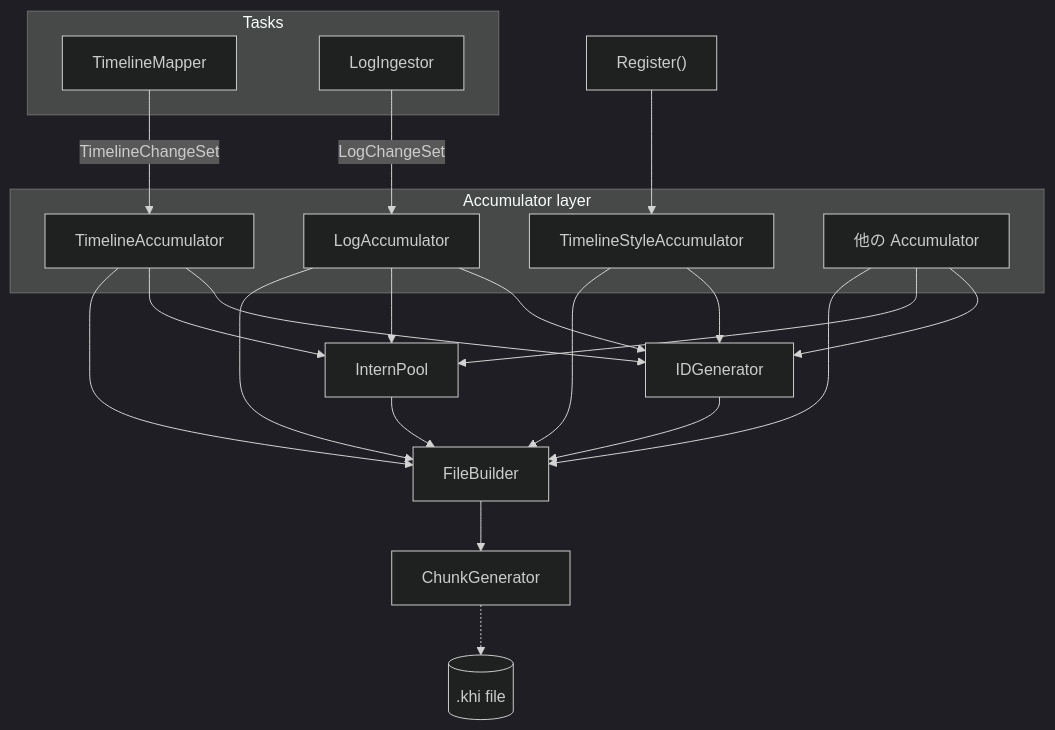
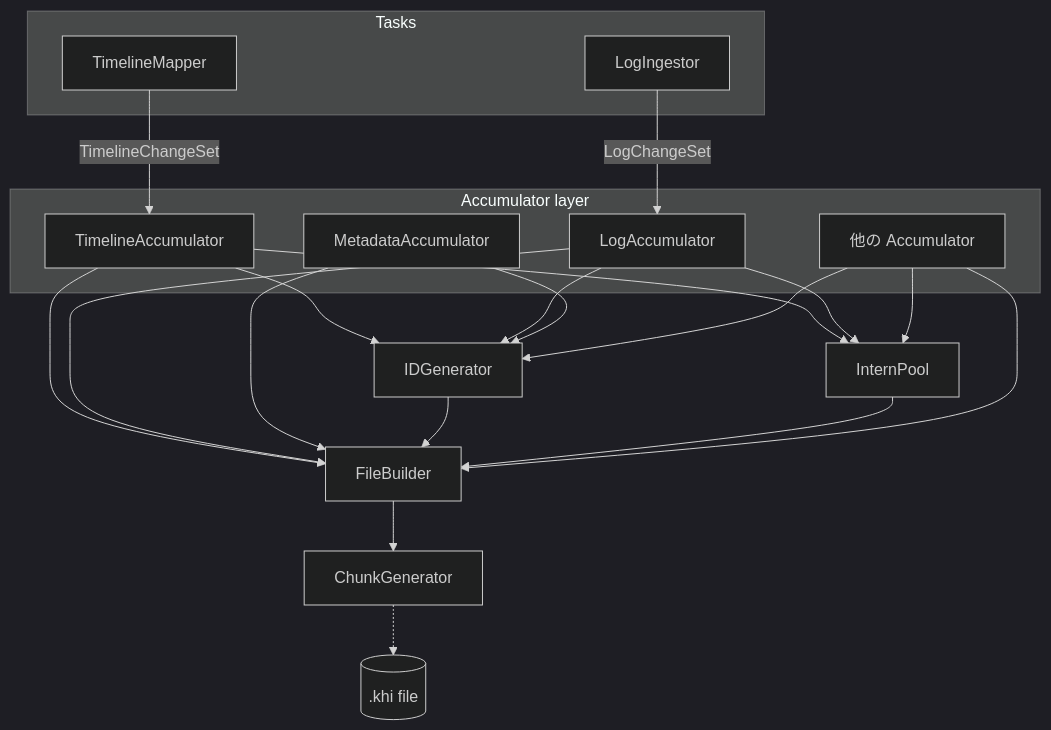
One commit to kyasbal/khi changed the diagram in docs/ja/architecture/khi-backend-serializer.md. Above: the diagram before and after it, drawn with Mermaid (dark theme). The commit also changed other lines of this file and 14 other files, not shown here.

````diff
--- a/docs/ja/architecture/khi-backend-serializer.md
+++ b/docs/ja/architecture/khi-backend-serializer.md
@@ -7,41 +7,38 @@
 ```mermaid
 flowchart TD
     subgraph Tasks ["Tasks"]
         TimelineMapper
         LogIngestor
     end
 
     subgraph AccumulatorLayer ["Accumulator layer"]
         TimelineAccumulator
         LogAccumulator
-        TimelineStyleAccumulator
+        MetadataAccumulator
         OtherAccumulators["他の Accumulator"]
     end
-
-    Register["Register()"]
 
     %% 入力からAccumulatorへの流れ
     TimelineMapper -->|TimelineChangeSet| TimelineAccumulator
     LogIngestor -->|LogChangeSet| LogAccumulator
-    Register --> TimelineStyleAccumulator
 
     %% Accumulatorからプール/ジェネレータへの流れ
     TimelineAccumulator --> IDGenerator
     LogAccumulator --> IDGenerator
-    TimelineStyleAccumulator --> IDGenerator
+    MetadataAccumulator --> IDGenerator
     OtherAccumulators --> IDGenerator
 
     TimelineAccumulator --> InternPool
     LogAccumulator --> InternPool
     OtherAccumulators --> InternPool
 
     TimelineAccumulator --> FileBuilder
     LogAccumulator --> FileBuilder
-    TimelineStyleAccumulator --> FileBuilder
+    MetadataAccumulator --> FileBuilder
     IDGenerator --> FileBuilder
     InternPool --> FileBuilder
     OtherAccumulators --> FileBuilder
 
     FileBuilder --> ChunkGenerator
     ChunkGenerator -.-> FinalFile[(".khi file")]
 ```
````
